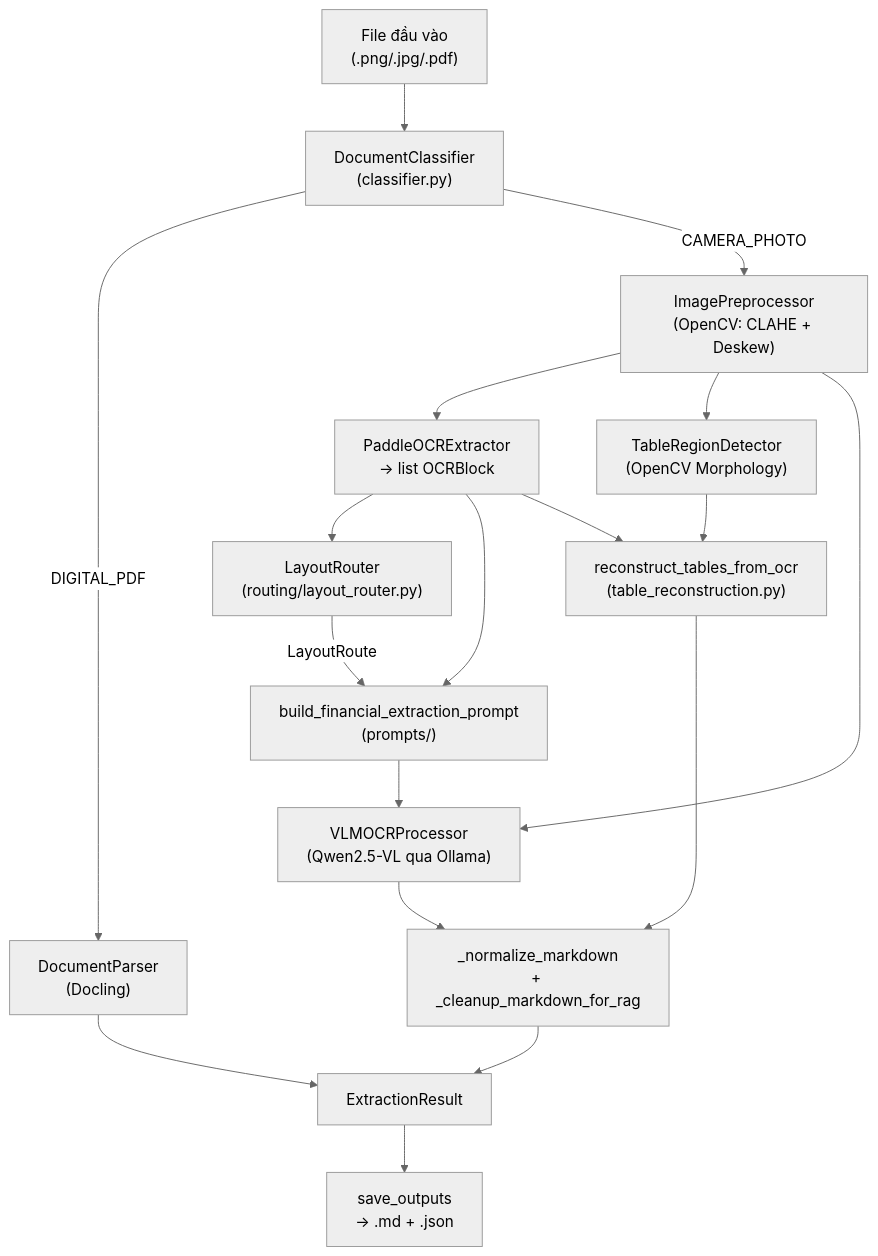
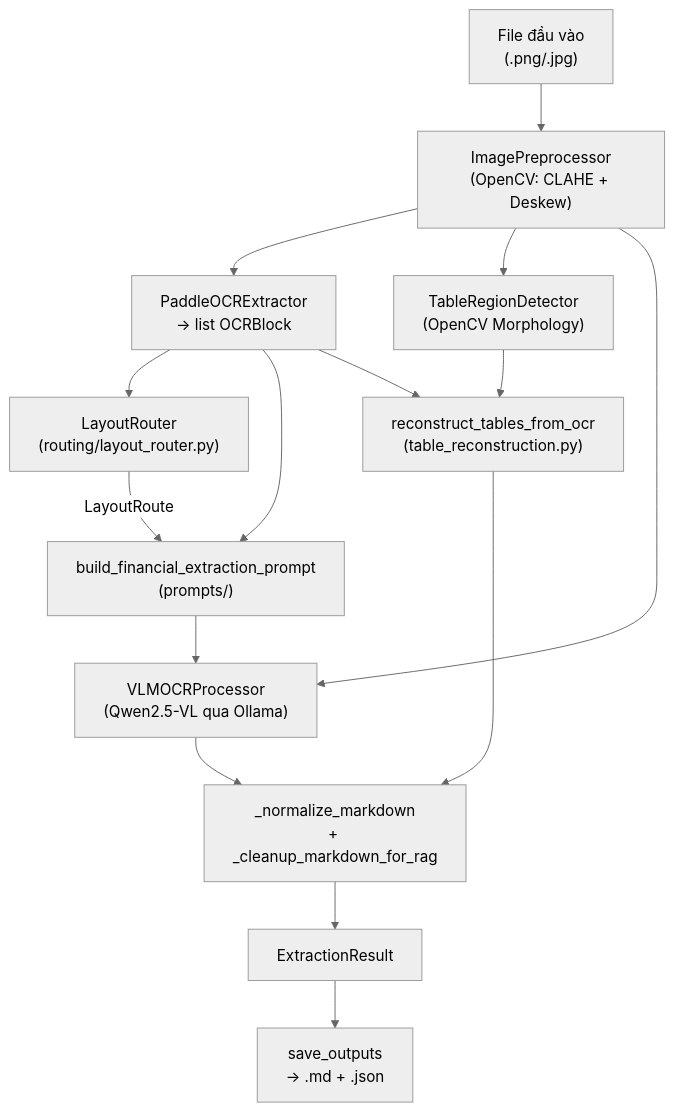
One commit to HoangKhang226/Doc-Anchor-AI changed the first of 2 diagrams in src/ingestion/README.md. Above: the diagram before and after it, drawn with Mermaid (neutral theme). The commit also changed other lines of this file and 46 other files, not shown here.

````diff
--- a/src/ingestion/README.md
+++ b/src/ingestion/README.md
@@ -13,28 +13,25 @@
 ```mermaid
 flowchart TD
-    A["File đầu vào\n(.png/.jpg/.pdf)"] --> B["DocumentClassifier\n(classifier.py)"]
-
-    B -->|DIGITAL_PDF| C["DocumentParser\n(Docling)"]
-    B -->|CAMERA_PHOTO| D["ImagePreprocessor\n(OpenCV: CLAHE + Deskew)"]
+    A["File đầu vào\n(.png/.jpg)"] --> D["ImagePreprocessor\n(OpenCV: CLAHE + Deskew)"]
 
     D --> E["PaddleOCRExtractor\n→ list OCRBlock"]
 
     E --> F["LayoutRouter\n(routing/layout_router.py)"]
     F -->|LayoutRoute| G["build_financial_extraction_prompt\n(prompts/)"]
     E --> G
 
     D --> H["TableRegionDetector\n(OpenCV Morphology)"]
     H --> I["reconstruct_tables_from_ocr\n(table_reconstruction.py)"]
     E --> I
 
     G --> J["VLMOCRProcessor\n(Qwen2.5-VL qua Ollama)"]
     D --> J
 
     J --> K["_normalize_markdown\n+ _cleanup_markdown_for_rag"]
     I --> K
 
     K --> L["ExtractionResult"]
     L --> M["save_outputs\n→ .md + .json"]
 
-    C --> L
+
 ```
````
